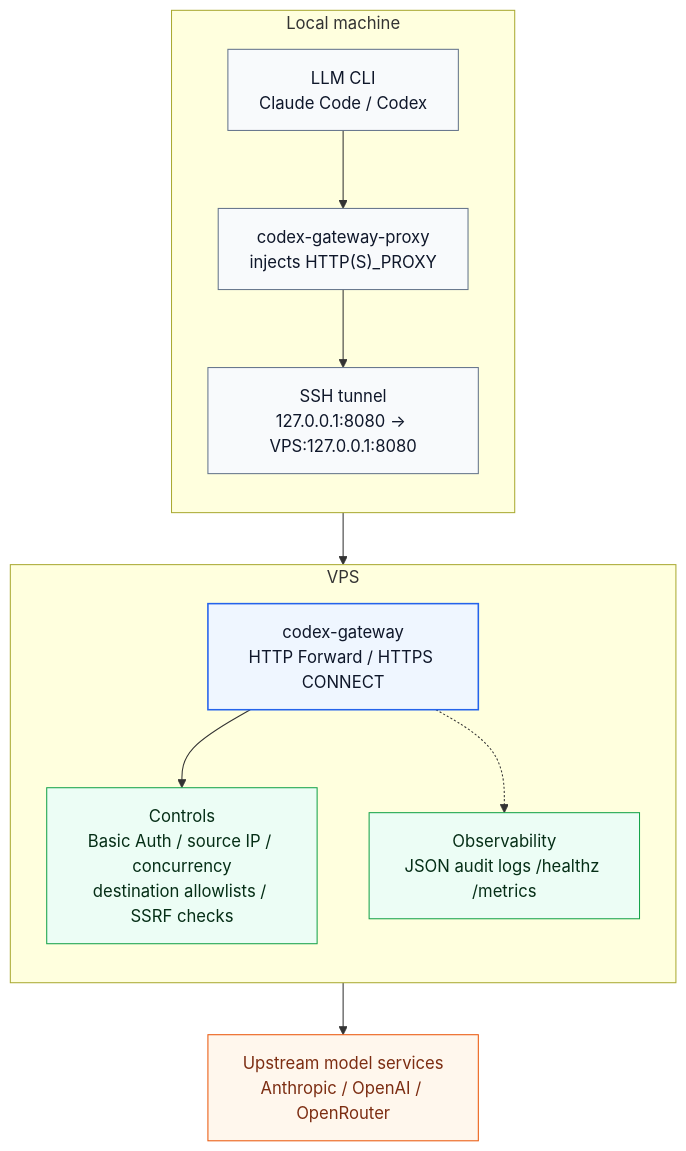
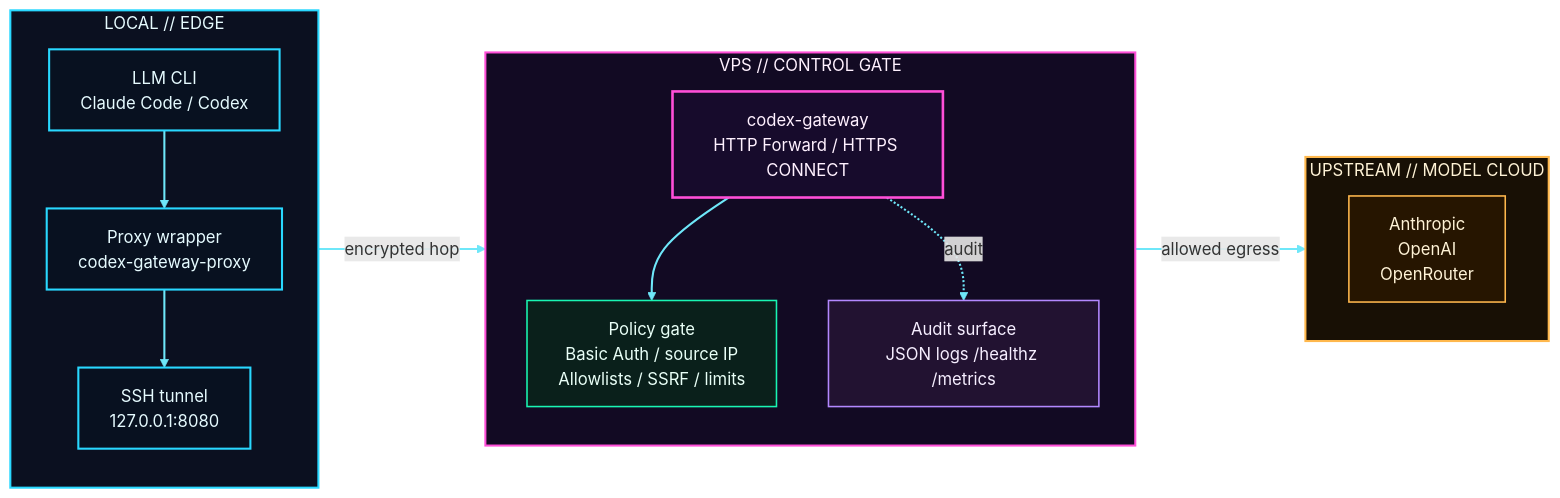
One commit to alphabetc1/codex-gateway changed the diagram in README_EN.md. Above: the diagram before and after it, drawn with Mermaid. The commit also changed 1 other file, not shown here.

Commit message:
docs: restyle architecture diagrams

````diff
--- a/README_EN.md
+++ b/README_EN.md
@@ -28,29 +28,39 @@
 ```mermaid
-flowchart TB
-  classDef local fill:#F8FAFC,stroke:#64748B,color:#0F172A,stroke-width:1px;
-  classDef gateway fill:#EFF6FF,stroke:#2563EB,color:#0F172A,stroke-width:1.5px;
-  classDef guard fill:#ECFDF5,stroke:#16A34A,color:#052E16,stroke-width:1px;
-  classDef upstream fill:#FFF7ED,stroke:#EA580C,color:#7C2D12,stroke-width:1px;
+%%{init: {'flowchart': {'curve': 'basis'}} }%%
+flowchart LR
+  classDef local fill:#081120,stroke:#29D8FF,color:#E6FBFF,stroke-width:2px;
+  classDef gateway fill:#170B2C,stroke:#FF4FD8,color:#FFF1FF,stroke-width:2.5px;
+  classDef policy fill:#0A201B,stroke:#19F5B3,color:#E9FFF7,stroke-width:1.5px;
+  classDef obs fill:#221231,stroke:#B388FF,color:#F6EEFF,stroke-width:1.5px;
+  classDef upstream fill:#261500,stroke:#FFB84D,color:#FFF3D6,stroke-width:1.5px;
+  linkStyle default stroke:#6EE7F9,stroke-width:2px;
 
-  subgraph LOCAL["Local machine"]
+  style LOCAL fill:#0B1020,stroke:#29D8FF,stroke-width:2px,color:#E6FBFF;
+  style VPS fill:#120A23,stroke:#FF4FD8,stroke-width:2px,color:#FFF1FF;
+  style CLOUD fill:#181005,stroke:#FFB84D,stroke-width:2px,color:#FFF3D6;
+
+  subgraph LOCAL["LOCAL // EDGE"]
     direction TB
     CLI["LLM CLI<br/>Claude Code / Codex"]:::local
-    WRAP["codex-gateway-proxy<br/>injects HTTP(S)_PROXY"]:::local
-    TUNNEL["SSH tunnel<br/>127.0.0.1:8080 -> VPS:127.0.0.1:8080"]:::local
+    WRAP["Proxy wrapper<br/>codex-gateway-proxy"]:::local
+    TUNNEL["SSH tunnel<br/>127.0.0.1:8080"]:::local
     CLI --> WRAP --> TUNNEL
   end
 
-  subgraph VPS["VPS"]
+  subgraph VPS["VPS // CONTROL GATE"]
     direction TB
     PROXY["codex-gateway<br/>HTTP Forward / HTTPS CONNECT"]:::gateway
-    POLICY["Controls<br/>Basic Auth / source IP / concurrency<br/>destination allowlists / SSRF checks"]:::guard
-    OBS["Observability<br/>JSON audit logs /healthz /metrics"]:::guard
+    POLICY["Policy gate<br/>Basic Auth / source IP<br/>Allowlists / SSRF / limits"]:::policy
+    OBS["Audit surface<br/>JSON logs /healthz /metrics"]:::obs
     PROXY --> POLICY
-    PROXY -.-> OBS
+    PROXY -. audit .-> OBS
   end
 
-  UPSTREAM["Upstream model services<br/>Anthropic / OpenAI / OpenRouter"]:::upstream
+  subgraph CLOUD["UPSTREAM // MODEL CLOUD"]
+    direction TB
+    UPSTREAM["Anthropic<br/>OpenAI<br/>OpenRouter"]:::upstream
+  end
 
-  TUNNEL --> PROXY
-  POLICY --> UPSTREAM
+  TUNNEL -- encrypted hop --> PROXY
+  POLICY -- allowed egress --> UPSTREAM
 ```
````
